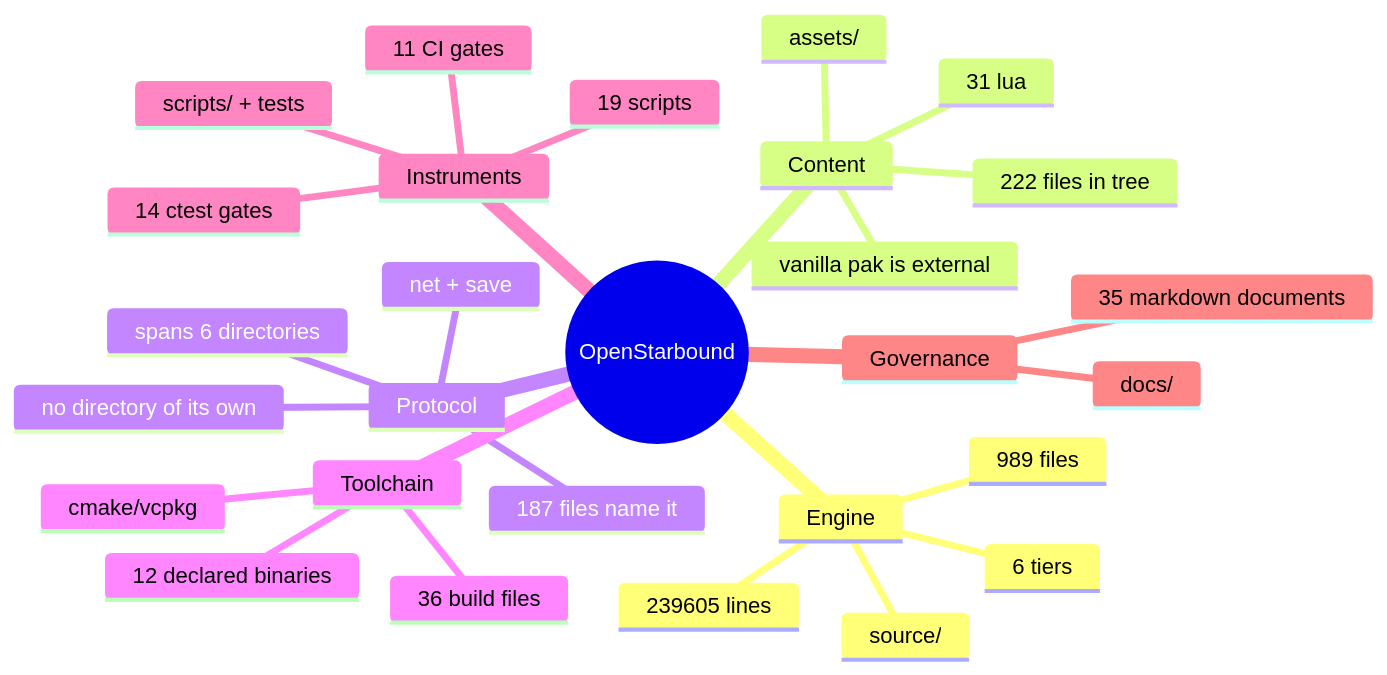
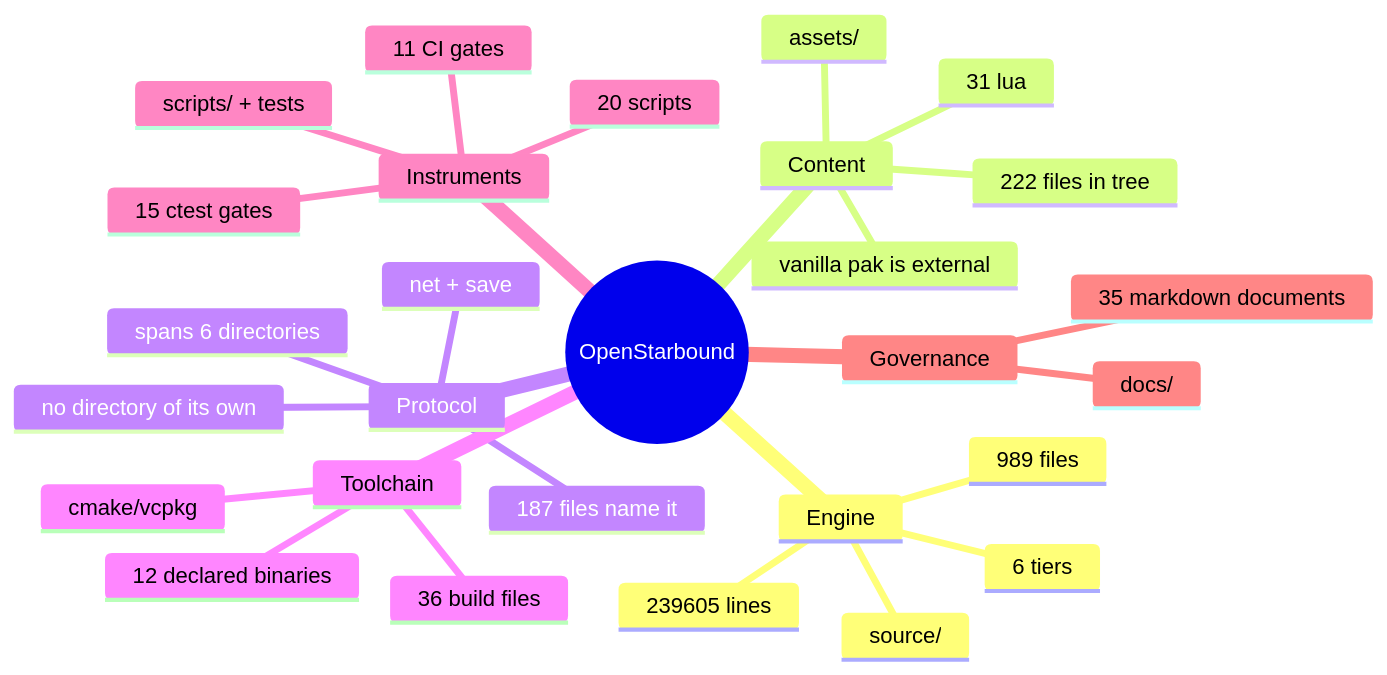
One commit to apnex/OpenStarbound changed the second of 11 diagrams in docs/architecture/system-boundaries.md. Above: the diagram before and after it, drawn with Mermaid. The commit also changed 3 other files, not shown here.

````diff
--- a/docs/architecture/system-boundaries.md
+++ b/docs/architecture/system-boundaries.md
@@ -166,31 +166,31 @@
 ```mermaid
 mindmap
   root((OpenStarbound))
     Engine
       source/
       989 files
       239605 lines
       6 tiers
     Content
       assets/
       222 files in tree
       31 lua
       vanilla pak is external
     Protocol
       net + save
       187 files name it
       spans 6 directories
       no directory of its own
     Toolchain
       cmake/vcpkg
       36 build files
       12 declared binaries
     Instruments
       scripts/ + tests
-      19 scripts
-      14 ctest gates
+      20 scripts
+      15 ctest gates
       11 CI gates
     Governance
       docs/
       35 markdown documents
 ```
````
